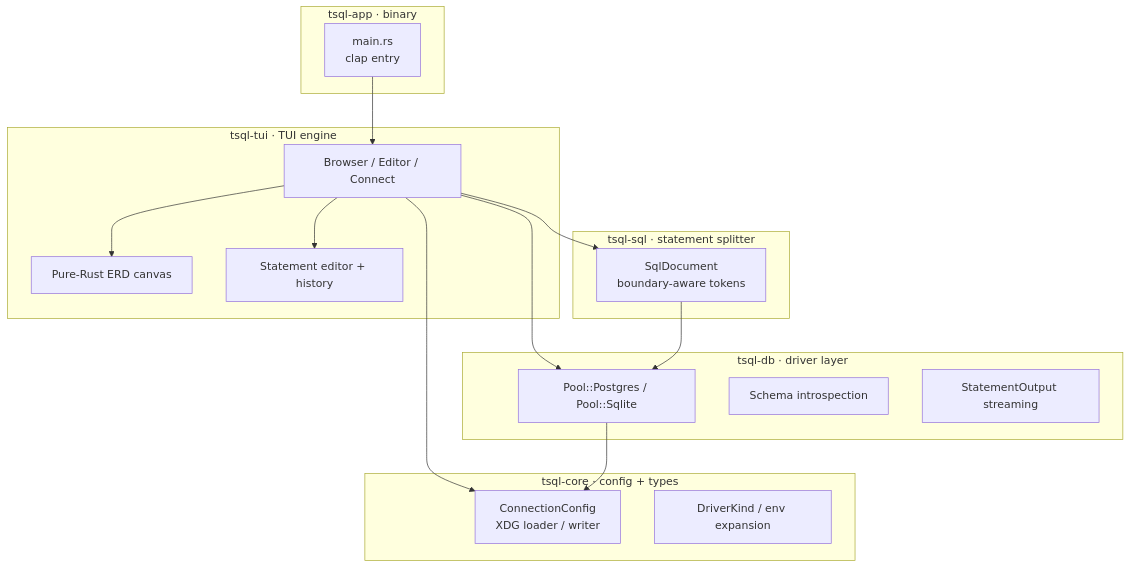
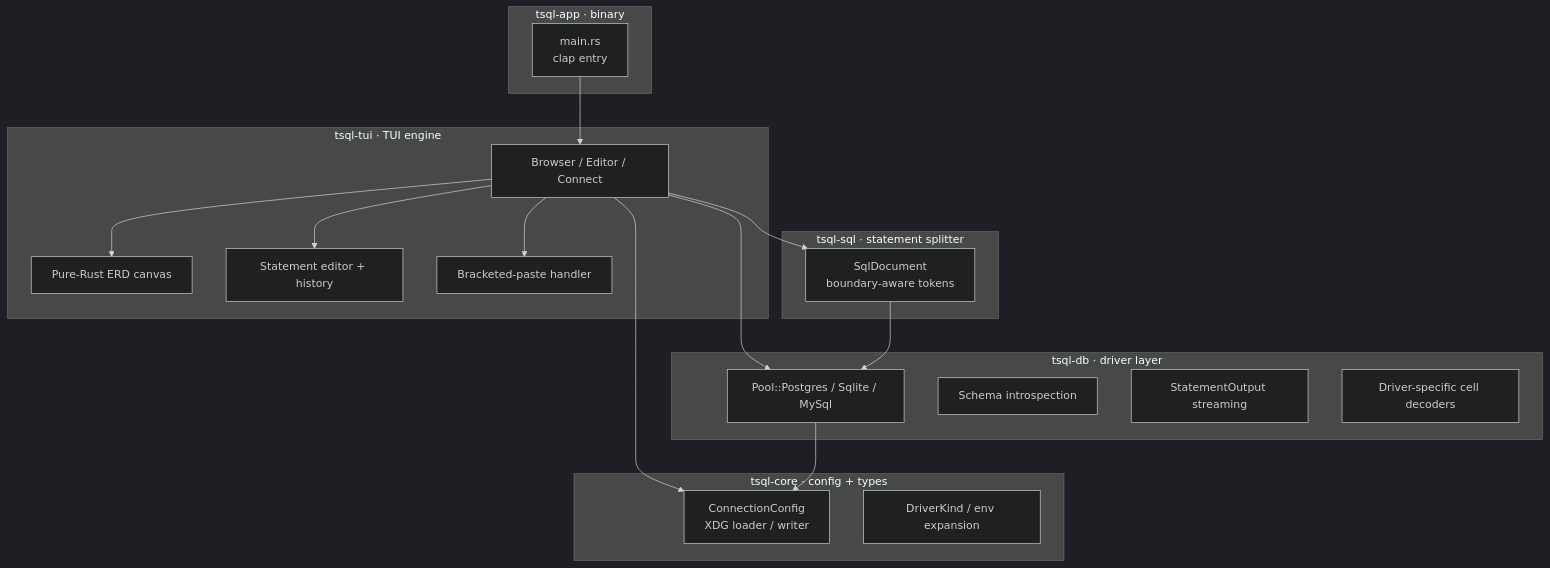
Before and after one commit to nt2311-vn/tsql: the second of 7 diagrams in README.md, drawn with Mermaid. The commit also changed other lines of this file and 8 other files, not shown here.

First line of the commit message:
feat: MySQL/MariaDB driver + multiline editor + half-width layouts

````diff
--- a/README.md
+++ b/README.md
@@ -44,32 +71,36 @@
 ```mermaid
+%%{init: {"theme": "dark"}}%%
 graph TD
     subgraph cli["tsql-app · binary"]
         A[main.rs<br/>clap entry]
     end
     subgraph tui["tsql-tui · TUI engine"]
         B[Browser / Editor / Connect]
         B2[Pure-Rust ERD canvas]
         B3[Statement editor + history]
+        B4[Bracketed-paste handler]
     end
     subgraph sql["tsql-sql · statement splitter"]
         C[SqlDocument<br/>boundary-aware tokens]
     end
     subgraph db["tsql-db · driver layer"]
-        D[Pool::Postgres / Pool::Sqlite]
+        D[Pool::Postgres / Sqlite / MySql]
         D2[Schema introspection]
         D3[StatementOutput streaming]
+        D4[Driver-specific cell decoders]
     end
     subgraph core["tsql-core · config + types"]
         E[ConnectionConfig<br/>XDG loader / writer]
         E2[DriverKind / env expansion]
     end
 
     A --> B
     B --> B2
     B --> B3
+    B --> B4
     B --> C
     B --> D
     B --> E
     C --> D
     D --> E
 ```
````
